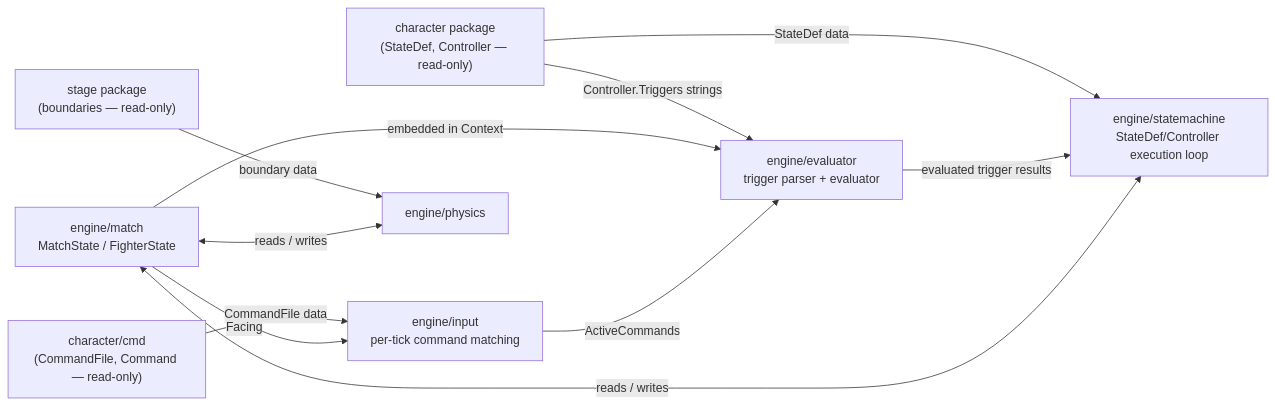
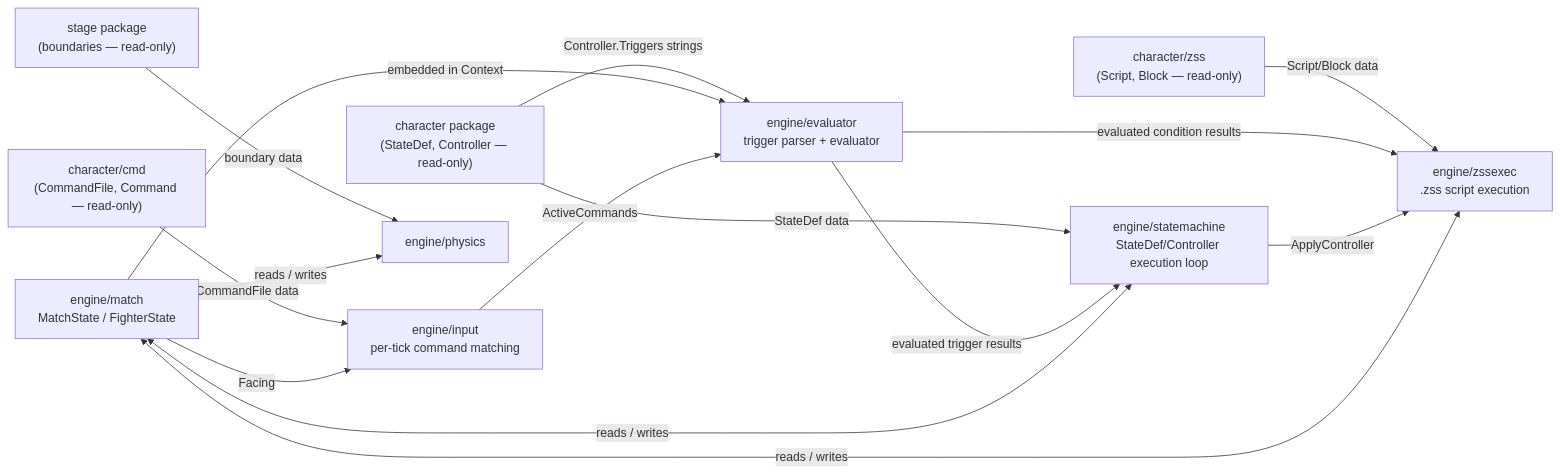
The second of 2 diagrams in docs/architecture.md (openkakutou/engine), drawn with Mermaid before and after one commit. The commit also changed other lines of this file and 12 other files, not shown here.

First line of the commit message:
feat: run a character's Ikemen GO .zss state scripts, not just classic .cns ones

````diff
--- a/docs/architecture.md
+++ b/docs/architecture.md
@@ -82,22 +98,28 @@
 ```mermaid
 flowchart LR
     character["character package<br/>(StateDef, Controller — read-only)"]
+    characterzss["character/zss<br/>(Script, Block — read-only)"]
     charactercmd["character/cmd<br/>(CommandFile, Command — read-only)"]
     stage["stage package<br/>(boundaries — read-only)"]
     matchpkg["engine/match<br/>MatchState / FighterState"]
     evaluatorpkg["engine/evaluator<br/>trigger parser + evaluator"]
     statemachinepkg["engine/statemachine<br/>StateDef/Controller execution loop"]
+    zssexecpkg["engine/zssexec<br/>.zss script execution"]
     inputpkg["engine/input<br/>per-tick command matching"]
     physics["engine/physics"]
 
     character -->|Controller.Triggers strings| evaluatorpkg
     character -->|StateDef data| statemachinepkg
+    characterzss -->|Script/Block data| zssexecpkg
     charactercmd -->|CommandFile data| inputpkg
     stage -->|boundary data| physics
     matchpkg -->|embedded in Context| evaluatorpkg
     matchpkg -->|Facing| inputpkg
     inputpkg -->|ActiveCommands| evaluatorpkg
     evaluatorpkg -->|evaluated trigger results| statemachinepkg
+    evaluatorpkg -->|evaluated condition results| zssexecpkg
+    statemachinepkg -->|ApplyController| zssexecpkg
     matchpkg <-->|reads / writes| statemachinepkg
+    matchpkg <-->|reads / writes| zssexecpkg
     matchpkg <-->|reads / writes| physics
 ```
````
